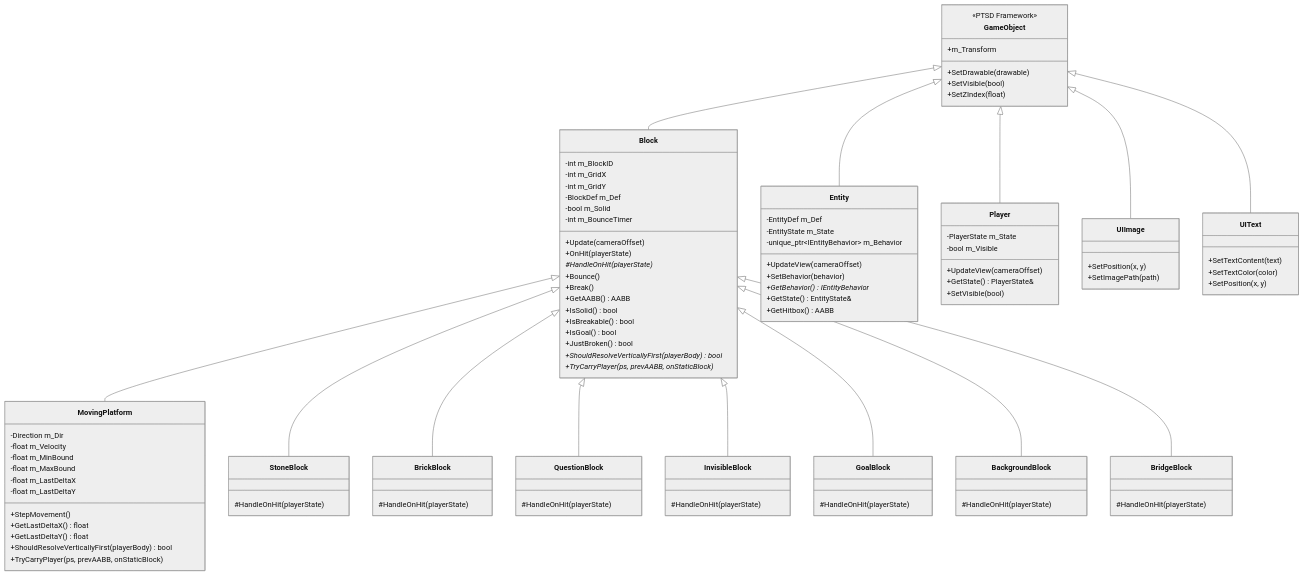
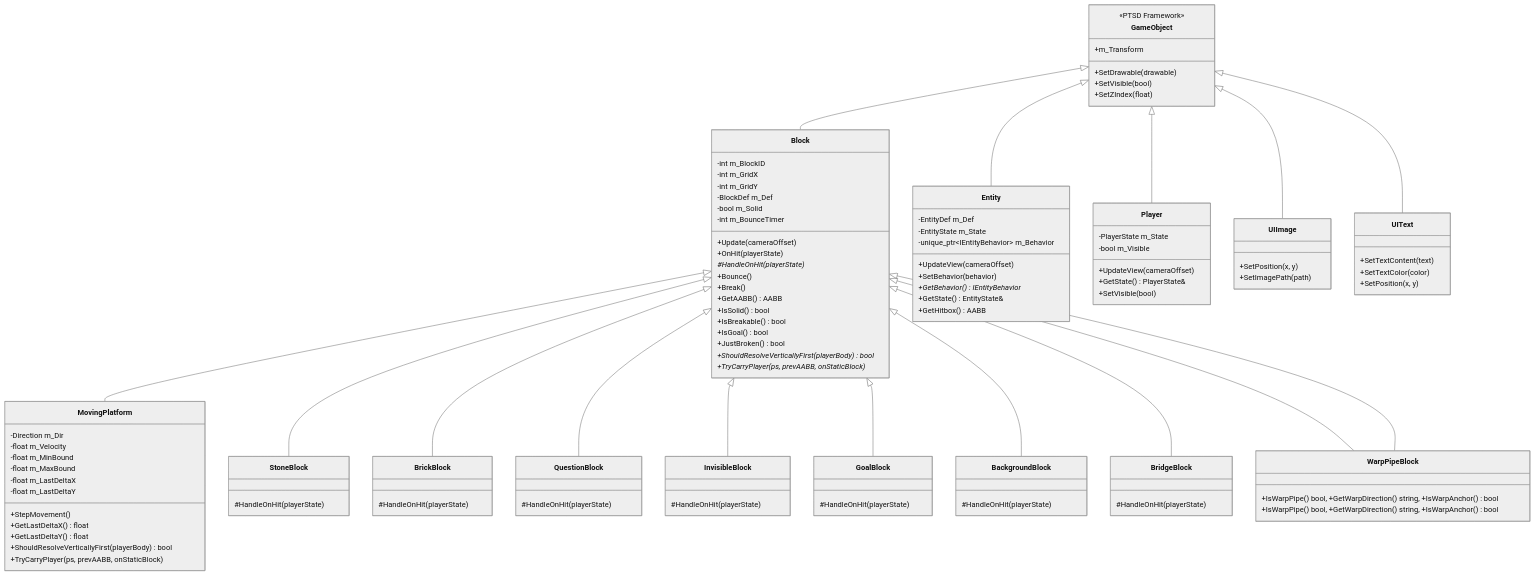
One commit to Andy87877/NTUT_OOPL_mario changed the first of 29 diagrams in Constructure.md. Above: the diagram before and after it, drawn with Mermaid (neutral theme). The commit also changed other lines of this file and 38 other files, not shown here.

```diff
--- a/Constructure.md
+++ b/Constructure.md
@@ -181,6 +181,8 @@
     class GoalBlock       { #HandleOnHit(playerState) }
     class BackgroundBlock { #HandleOnHit(playerState) }
     class BridgeBlock     { #HandleOnHit(playerState) }
+    class WarpPipeBlock   { +IsWarpPipe() bool, +GetWarpDirection() string, +IsWarpAnchor() bool }
+    class WarpPipeBlock   { +IsWarpPipe() bool, +GetWarpDirection() string, +IsWarpAnchor() bool }
 
     class Entity {
         -EntityDef m_Def
@@ -221,6 +223,8 @@
     Block <|-- GoalBlock
     Block <|-- BackgroundBlock
     Block <|-- BridgeBlock
+    Block <|-- WarpPipeBlock
+    Block <|-- WarpPipeBlock
     GameObject <|-- Entity
     GameObject <|-- Player
     GameObject <|-- UIImage
```
